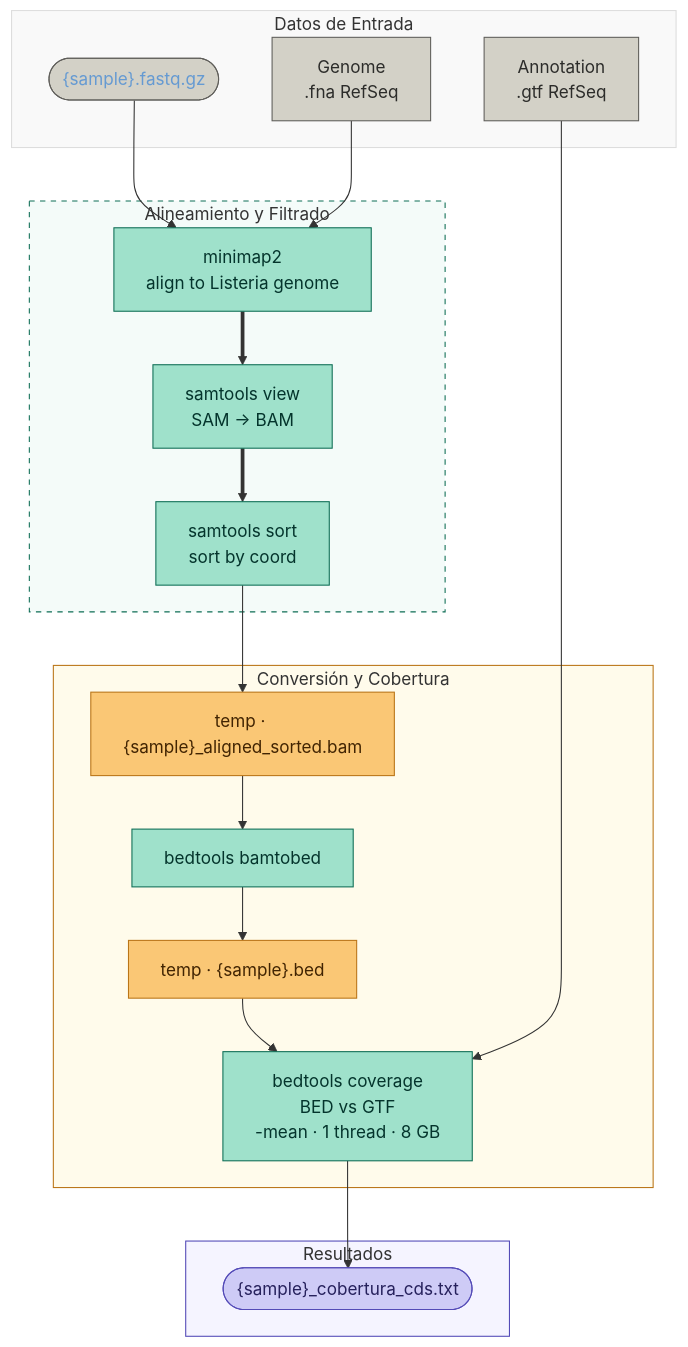
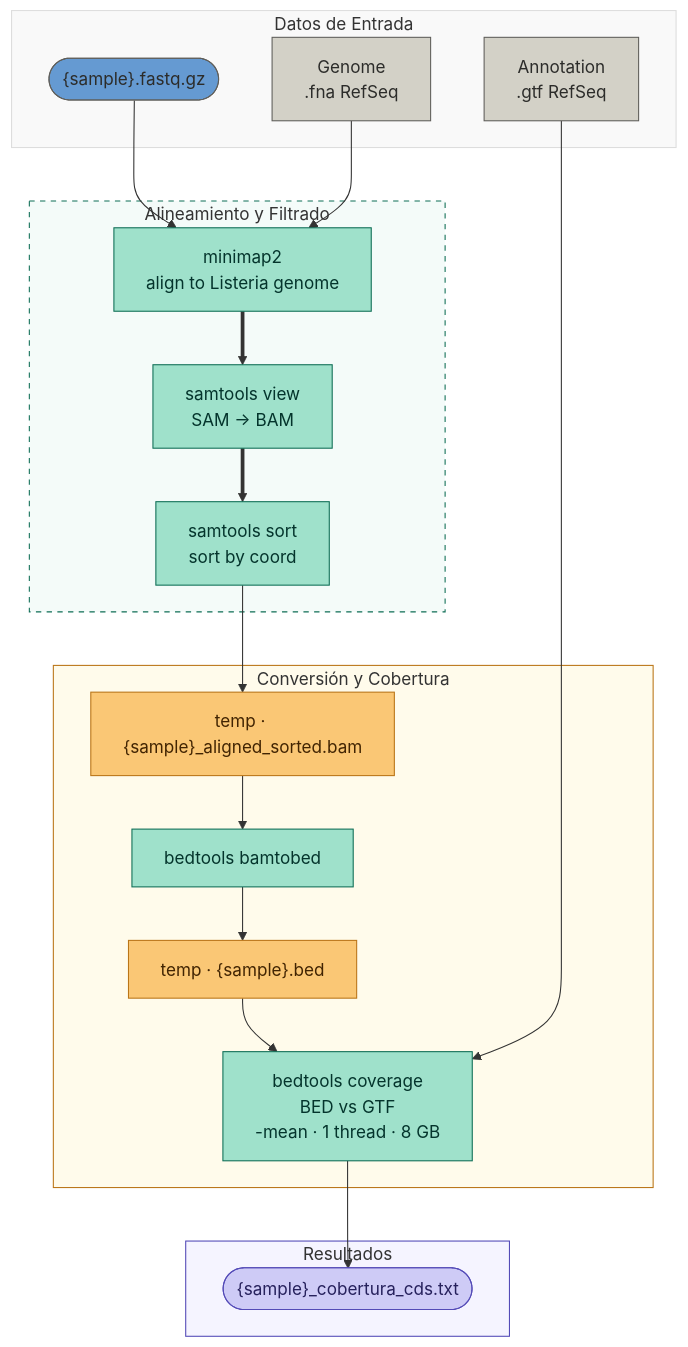
The diagram in readme.md (laugior/search4listeria), drawn with Mermaid before and after one commit.

````diff
--- a/readme.md
+++ b/readme.md
@@ -3,61 +3,61 @@
 ```mermaid
 flowchart TB
     %% --- ENTRADAS ---
     subgraph INPUTS ["Datos de Entrada"]
         INPUT(["{sample}.fastq.gz"])
         GENOME["Genome\n.fna RefSeq"]
         GTF["Annotation\n.gtf RefSeq"]
     end
 
     %% --- PROCESAMIENTO EN STREAMING ---
     subgraph ALIGNMENT ["Alineamiento y Filtrado"]
         MM["minimap2\nalign to Listeria genome"]
         SV["samtools view\nSAM → BAM"]
         SS["samtools sort\nsort by coord"]
         
         MM ==>  SV ==>  SS
     end
 
     %% --- PASOS INTERMEDIOS Y ANÁLISIS ---
     subgraph ANALYSIS ["Conversión y Cobertura"]
         SBAM["temp · {sample}_aligned_sorted.bam"]
         B2B["bedtools bamtobed"]
         BED["temp · {sample}.bed"]
         COV["bedtools coverage\nBED vs GTF\n-mean · 1 thread · 8 GB"]
     end
 
     %% --- SALIDA ---
     subgraph OUTPUTS ["Resultados"]
         OUTPUT(["{sample}_cobertura_cds.txt"])
     end
 
     %% --- CONEXIONES GLOBALES ---
     INPUT & GENOME --> MM
     SS --> SBAM
     SBAM --> B2B
     B2B --> BED
     BED & GTF --> COV
     COV --> OUTPUT
 
     %% --- ESTILOS ---
-    style INPUT  fill:#D3D1C7,stroke:#5F5E5A,color:#659ad2
+    style INPUT  fill:#659ad2,stroke:#5F5E5A,color:#2C2C2A
     style GENOME fill:#D3D1C7,stroke:#5F5E5A,color:#2C2C2A
     style GTF    fill:#D3D1C7,stroke:#5F5E5A,color:#2C2C2A
     
     style MM     fill:#9FE1CB,stroke:#0F6E56,color:#04342C
     style SV     fill:#9FE1CB,stroke:#0F6E56,color:#04342C
     style SS     fill:#9FE1CB,stroke:#0F6E56,color:#04342C
     style B2B    fill:#9FE1CB,stroke:#0F6E56,color:#04342C
     style COV    fill:#9FE1CB,stroke:#0F6E56,color:#04342C
 
     style SBAM   fill:#FAC775,stroke:#BA7517,color:#412402
     style BED    fill:#FAC775,stroke:#BA7517,color:#412402
     
     style OUTPUT fill:#CECBF6,stroke:#534AB7,color:#26215C
 
     %% Estilos de los subgrafos para dar estructura limpia
     style INPUTS fill:#f9f9f9,stroke:#ddd,stroke-width:1px
     style ALIGNMENT fill:#f4fbf9,stroke:#0F6E56,stroke-width:1px,stroke-dasharray: 5 5
     style ANALYSIS fill:#fffbeb,stroke:#BA7517,stroke-width:1px
     style OUTPUTS fill:#f5f4ff,stroke:#534AB7,stroke-width:1px
 ```
````
